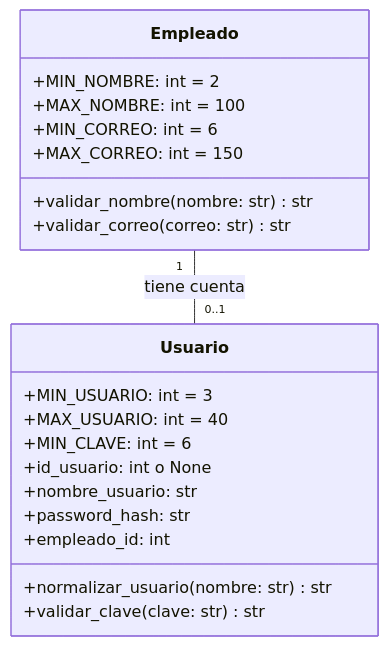
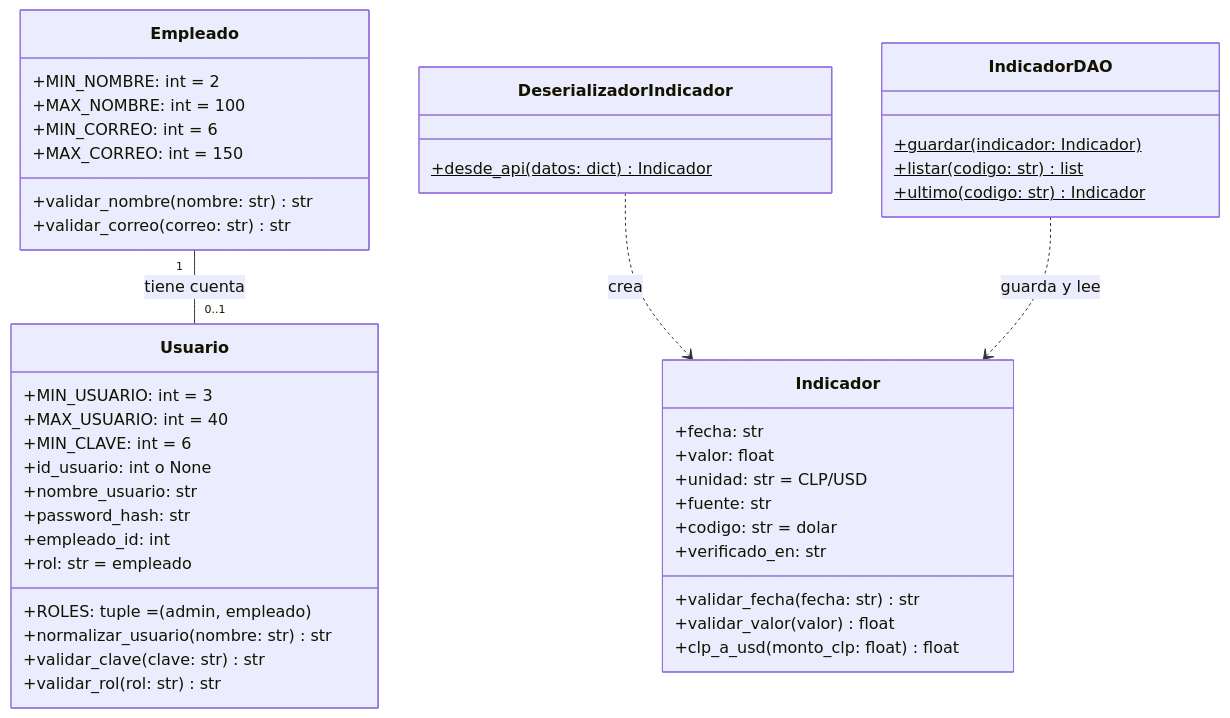
Before and after one commit to jean122333/EcoTech_Poos: the diagram in EcoTech_Poos.Main/docs/UML_unidad3.md, drawn with Mermaid. The commit also changed other lines of this file and 4 other files, not shown here.

Commit message:
Creación de Servicio Api (Consulta/Extracción) y deserializador de api valor y actualización de archivos MD.

````diff
--- a/EcoTech_Poos.Main/docs/UML_unidad3.md
+++ b/EcoTech_Poos.Main/docs/UML_unidad3.md
@@ -6,23 +6,47 @@
 ```mermaid
 classDiagram
     class Empleado {
         +MIN_NOMBRE: int = 2
         +MAX_NOMBRE: int = 100
         +MIN_CORREO: int = 6
         +MAX_CORREO: int = 150
         +validar_nombre(nombre: str) str
         +validar_correo(correo: str) str
     }
     class Usuario {
         +MIN_USUARIO: int = 3
         +MAX_USUARIO: int = 40
         +MIN_CLAVE: int = 6
+        +ROLES: tuple = (admin, empleado)
         +id_usuario: int o None
         +nombre_usuario: str
         +password_hash: str
         +empleado_id: int
+        +rol: str = empleado
         +normalizar_usuario(nombre: str) str
         +validar_clave(clave: str) str
+        +validar_rol(rol: str) str
+    }
+    class Indicador {
+        +fecha: str
+        +valor: float
+        +unidad: str = CLP/USD
+        +fuente: str
+        +codigo: str = dolar
+        +verificado_en: str
+        +validar_fecha(fecha: str) str
+        +validar_valor(valor) float
+        +clp_a_usd(monto_clp: float) float
+    }
+    class DeserializadorIndicador {
+        +desde_api(datos: dict)$ Indicador
+    }
+    class IndicadorDAO {
+        +guardar(indicador: Indicador)$
+        +listar(codigo: str)$ list
+        +ultimo(codigo: str)$ Indicador
     }
     Empleado "1" -- "0..1" Usuario : tiene cuenta
+    DeserializadorIndicador ..> Indicador : crea
+    IndicadorDAO ..> Indicador : guarda y lee
 ```
````
